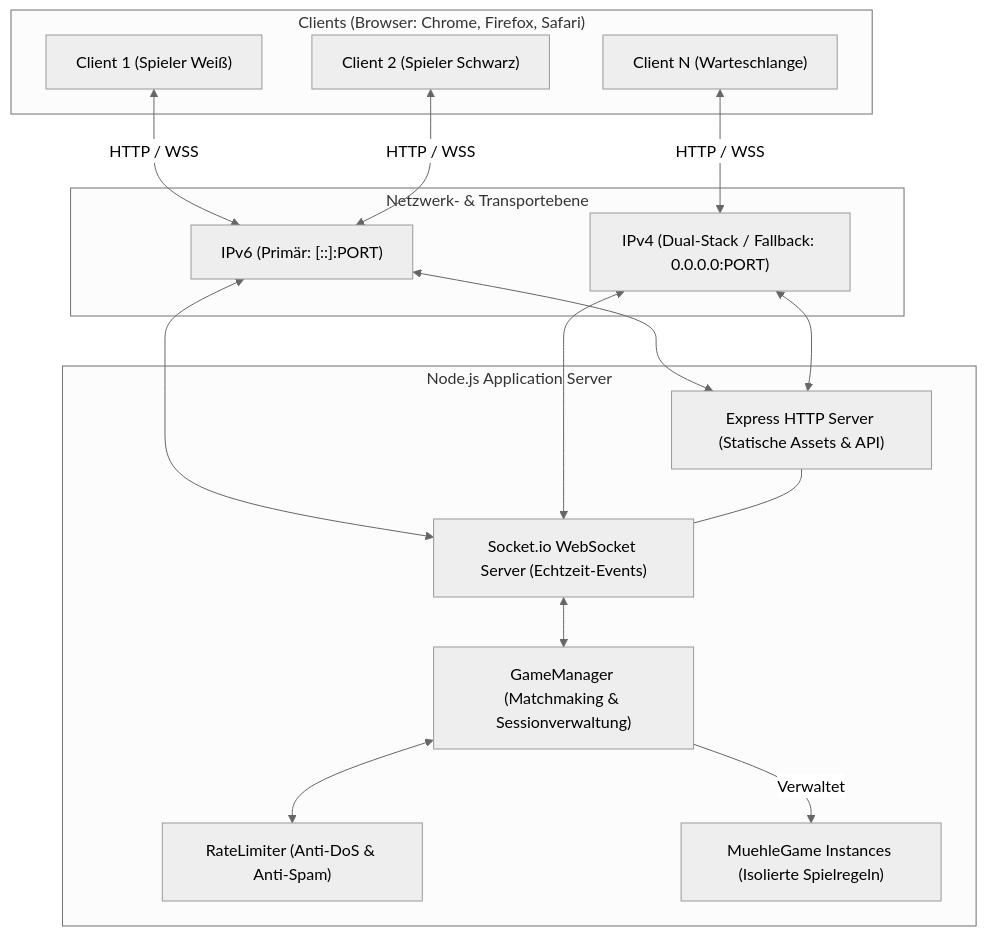
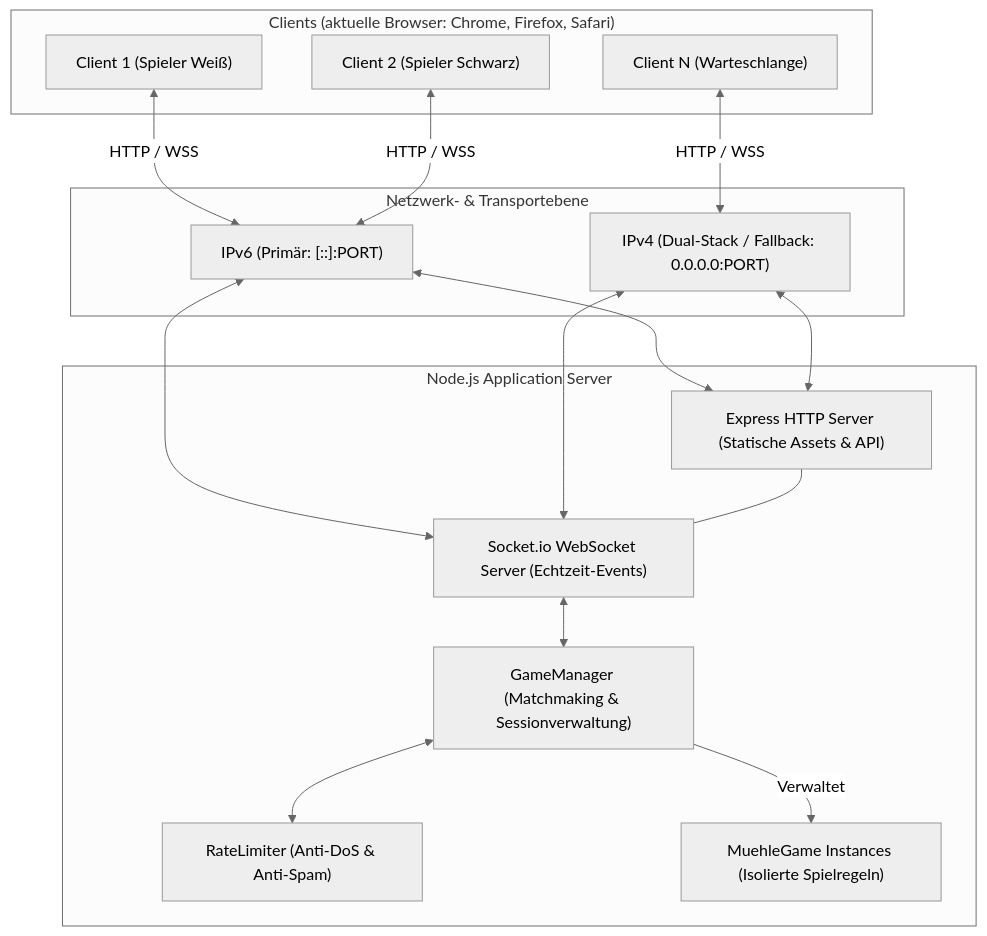
The first of 10 diagrams in Systemmodel.md (sventurbo/MuehleJS), drawn with Mermaid (neutral theme) before and after one commit. The commit also changed other lines of this file and 43 other files, not shown here.

````diff
--- a/Systemmodel.md
+++ b/Systemmodel.md
@@ -28,35 +28,35 @@
 ```mermaid
 graph TB
-    subgraph Clients["Clients (Browser: Chrome, Firefox, Safari)"]
+    subgraph Clients["Clients (aktuelle Browser: Chrome, Firefox, Safari)"]
         C1["Client 1 (Spieler Weiß)"]
         C2["Client 2 (Spieler Schwarz)"]
         CN["Client N (Warteschlange)"]
     end
 
     subgraph Network["Netzwerk- & Transportebene"]
         IPv6["IPv6 (Primär: [::]:PORT)"]
         IPv4["IPv4 (Dual-Stack / Fallback: 0.0.0.0:PORT)"]
     end
 
     subgraph Backend["Node.js Application Server"]
         HTTP["Express HTTP Server (Statische Assets & API)"]
         WS["Socket.io WebSocket Server (Echtzeit-Events)"]
         GM["GameManager (Matchmaking & Sessionverwaltung)"]
         RL["RateLimiter (Anti-DoS & Anti-Spam)"]
         GE["MuehleGame Instances (Isolierte Spielregeln)"]
     end
 
     C1 <-->|HTTP / WSS| IPv6
     C2 <-->|HTTP / WSS| IPv6
     CN <-->|HTTP / WSS| IPv4
 
     IPv6 <--> HTTP
     IPv6 <--> WS
     IPv4 <--> HTTP
     IPv4 <--> WS
 
     HTTP --- WS
     WS <--> GM
     GM <--> RL
     GM -->|Verwaltet| GE
 ```
````
